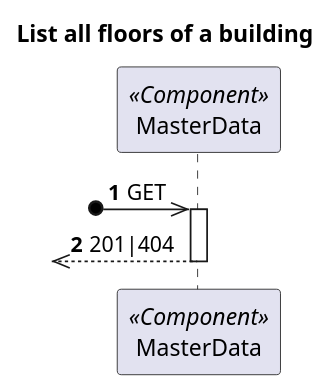
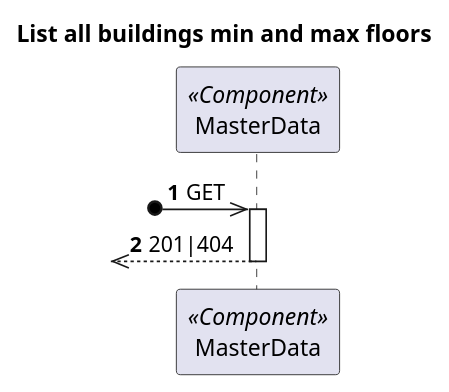
One commit to 1210910/lapr5 changed the diagram in docs/Vista Processo/US180/ProcessView_Level2_US180.puml. Above: the diagram before and after it, drawn with PlantUML. The commit also changed 66 other files, not shown here.

```diff
--- a/docs/Vista Processo/US180/ProcessView_Level2_US180.puml
+++ b/docs/Vista Processo/US180/ProcessView_Level2_US180.puml
@@ -1,17 +1,17 @@
 @startuml
 'https://plantuml.com/sequence-diagram
 
 autonumber
 
 skinparam packageStyle rect
 
-title List all floors of a building
+title List all buildings min and max floors
 
 participant "MasterData" as MD <<Component>>
 
 ?o->> MD : GET
 
 activate MD
 ?o<<-- MD : 201|404
 deactivate MD
 @enduml
```
